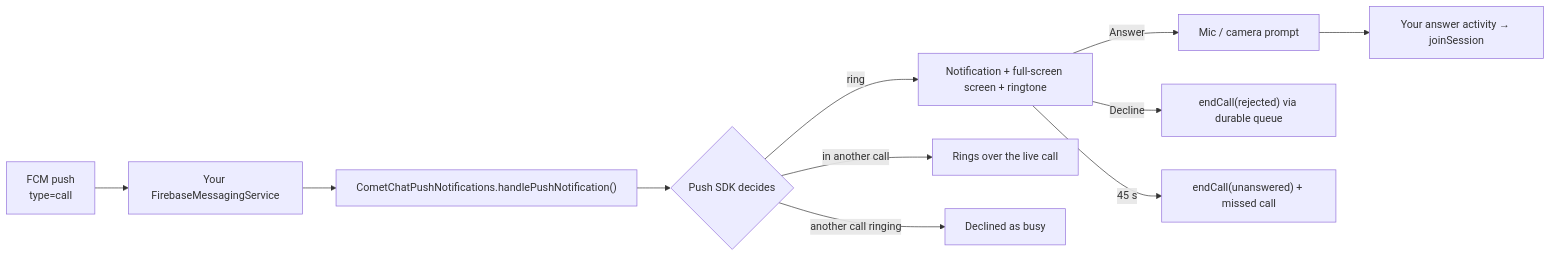
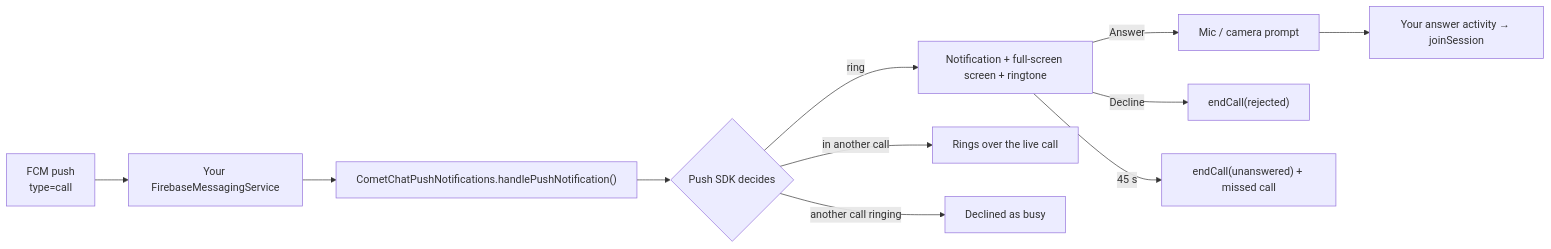
The diagram in calls/android/voip-calling.mdx (cometchat/docs), drawn with Mermaid before and after one commit. The commit also changed other lines of this file and 11 other files, not shown here.

````diff
--- a/calls/android/voip-calling.mdx
+++ b/calls/android/voip-calling.mdx
@@ -12,13 +12,13 @@
 ```mermaid
 flowchart LR
     FCM[FCM push<br/>type=call] --> S[Your FirebaseMessagingService]
     S --> H["CometChatPushNotifications.handlePushNotification()"]
     H --> D{Push SDK decides}
     D -->|ring| R[Notification + full-screen screen + ringtone]
     D -->|in another call| W[Rings over the live call]
     D -->|another call ringing| B[Declined as busy]
     R -->|Answer| P[Mic / camera prompt]
     P --> A[Your answer activity → joinSession]
-    R -->|Decline| Q["endCall(rejected) via durable queue"]
+    R -->|Decline| Q["endCall(rejected)"]
     R -->|45 s| T["endCall(unanswered) + missed call"]
 ```
````
